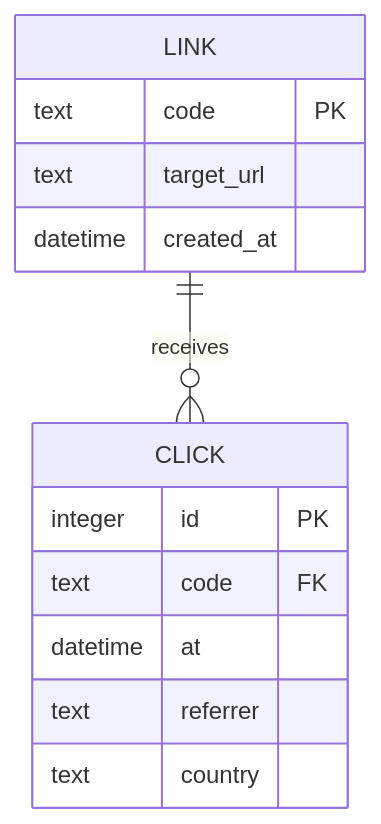
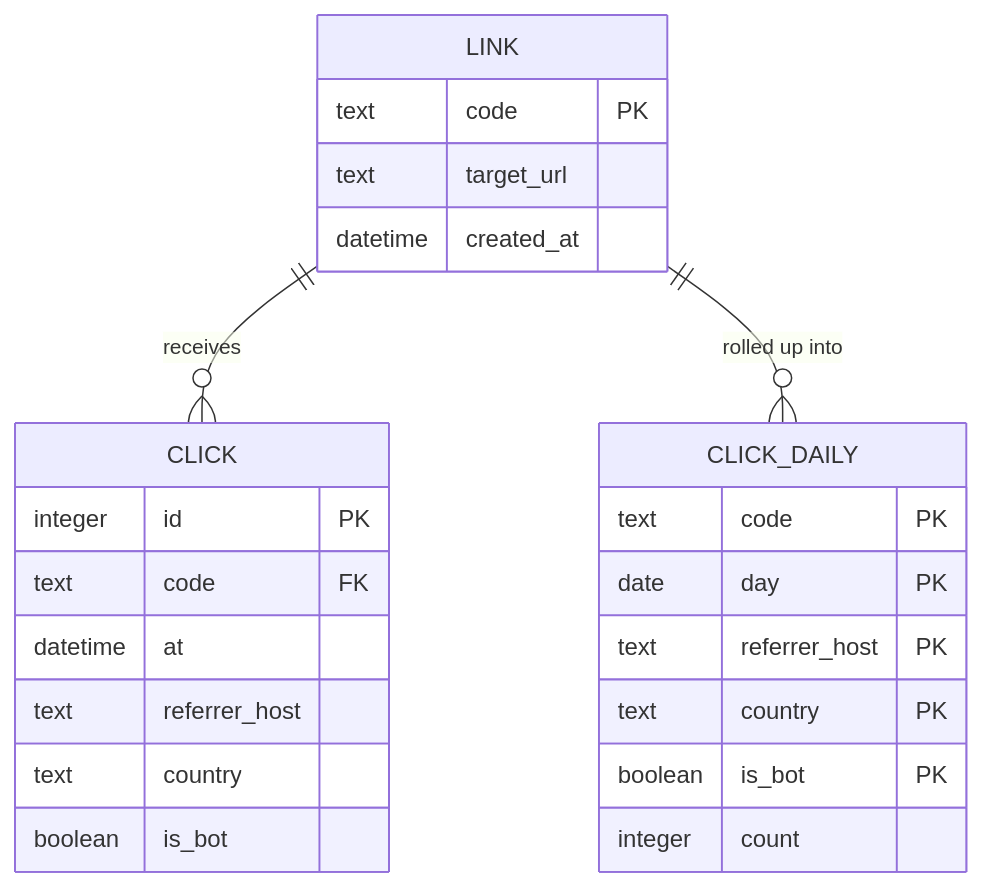
Before and after one commit to fwiesek/tech-design-skills: the third of 6 diagrams in examples/link-shortener/docs/design/link-shortener/design.md, drawn with Mermaid. The commit also changed other lines of this file and 5 other files, not shown here.

````diff
--- a/examples/link-shortener/docs/design/link-shortener/design.md
+++ b/examples/link-shortener/docs/design/link-shortener/design.md
@@ -83,16 +83,26 @@
 ```mermaid
 erDiagram
   LINK ||--o{ CLICK : receives
+  LINK ||--o{ CLICK_DAILY : "rolled up into"
   LINK {
     text code PK
     text target_url
     datetime created_at
   }
   CLICK {
     integer id PK
     text code FK
     datetime at
-    text referrer
+    text referrer_host
     text country
+    boolean is_bot
+  }
+  CLICK_DAILY {
+    text code PK
+    date day PK
+    text referrer_host PK
+    text country PK
+    boolean is_bot PK
+    integer count
   }
 ```
````
